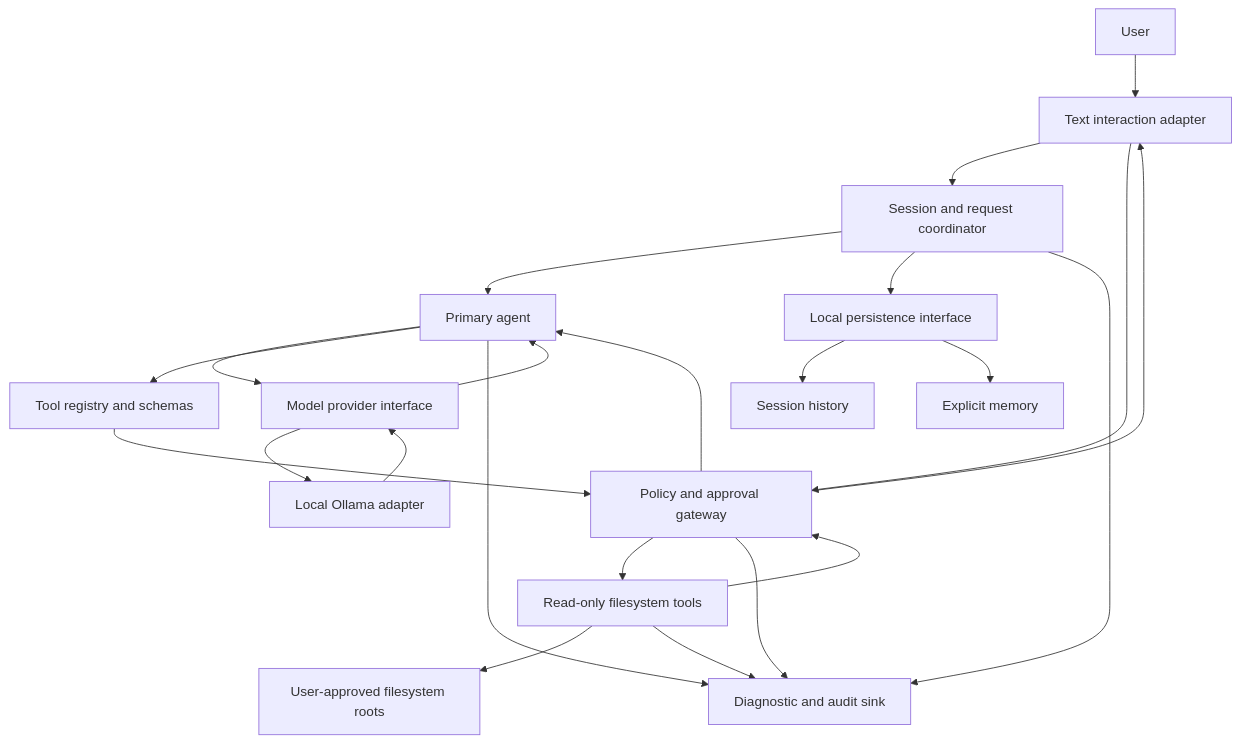
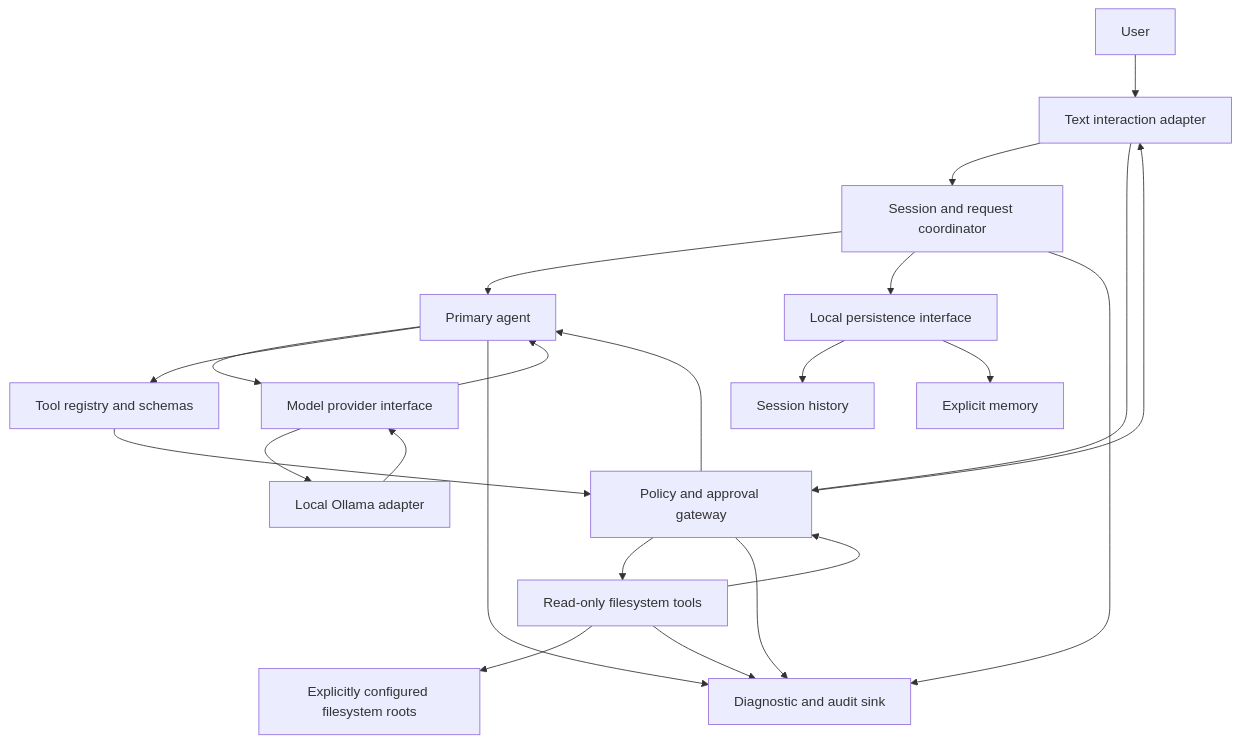
The diagram in docs/architecture.md (krnitish0608/Vyomara), drawn with Mermaid before and after one commit. The commit also changed other lines of this file and 11 other files, not shown here.

````diff
--- a/docs/architecture.md
+++ b/docs/architecture.md
@@ -17,32 +22,32 @@
 ```mermaid
 flowchart TD
     User[User]
     UI[Text interaction adapter]
     Session[Session and request coordinator]
     Agent[Primary agent]
     ProviderPort[Model provider interface]
     Ollama[Local Ollama adapter]
     ToolRegistry[Tool registry and schemas]
     Policy[Policy and approval gateway]
     Tools[Read-only filesystem tools]
-    Roots[User-approved filesystem roots]
+    Roots[Explicitly configured filesystem roots]
     Store[Local persistence interface]
     History[Session history]
     Memory[Explicit memory]
     Audit[Diagnostic and audit sink]
 
     User --> UI --> Session --> Agent
     Policy --> UI
     UI --> Policy
     Agent --> ProviderPort --> Ollama
     Ollama --> ProviderPort --> Agent
     Agent --> ToolRegistry --> Policy --> Tools --> Roots
     Tools --> Policy --> Agent
     Session --> Store
     Store --> History
     Store --> Memory
     Session --> Audit
     Agent --> Audit
     Policy --> Audit
     Tools --> Audit
 ```
````
